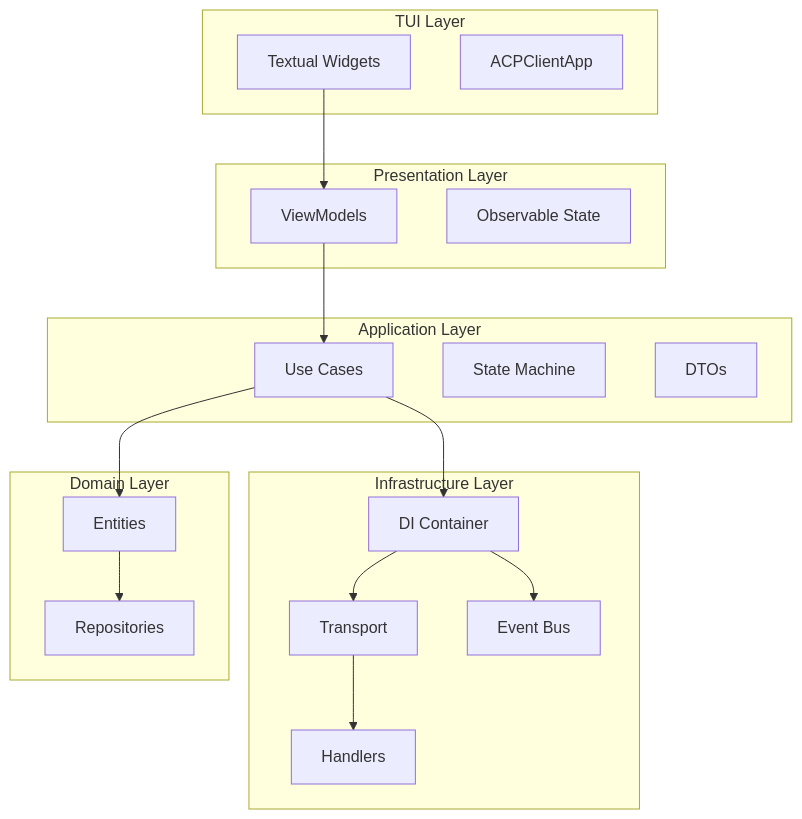
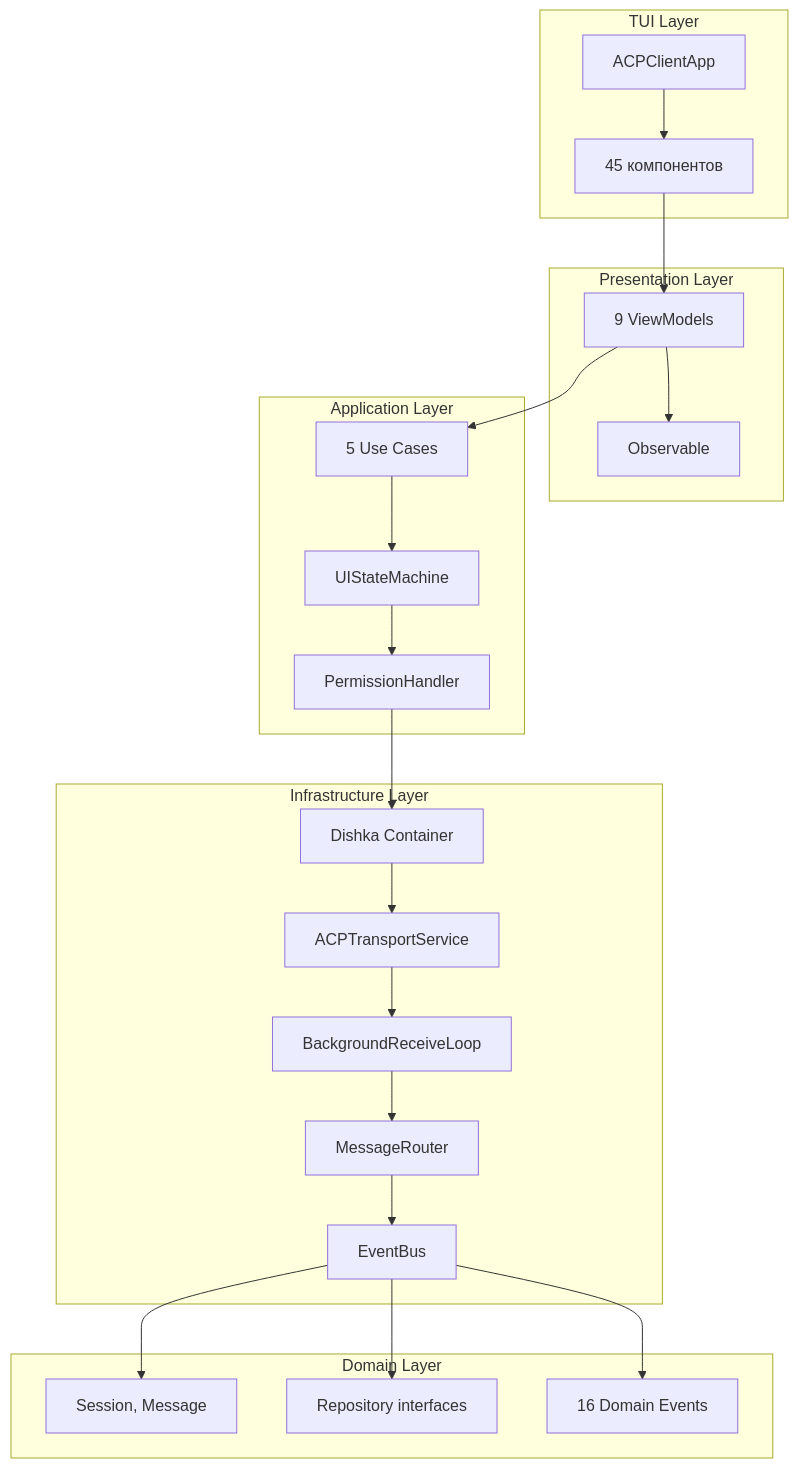
The second of 3 diagrams in doc/product/developer-guide/01-architecture.md (pese-git/codelab-ai), drawn with Mermaid before and after one commit. The commit also changed other lines of this file and 22 other files, not shown here.

````diff
--- a/doc/product/developer-guide/01-architecture.md
+++ b/doc/product/developer-guide/01-architecture.md
@@ -68,39 +72,37 @@
 ```mermaid
 graph TB
-    subgraph "TUI Layer"
-        Widgets[Textual Widgets]
+    subgraph TUI["TUI Layer"]
         App[ACPClientApp]
+        Components[45 компонентов]
     end
     
-    subgraph "Presentation Layer"
-        VM[ViewModels]
-        Observable[Observable State]
+    subgraph Presentation["Presentation Layer"]
+        VM[9 ViewModels]
+        Obs[Observable<T>]
     end
     
-    subgraph "Application Layer"
-        UC[Use Cases]
-        SM[State Machine]
-        DTO[DTOs]
+    subgraph Application["Application Layer"]
+        UC[5 Use Cases]
+        SM[UIStateMachine]
+        PH[PermissionHandler]
     end
     
-    subgraph "Infrastructure Layer"
-        DI[DI Container]
-        Transport[Transport]
-        EventBus[Event Bus]
-        Handlers[Handlers]
+    subgraph Infrastructure["Infrastructure Layer"]
+        DI[Dishka Container]
+        TS[ACPTransportService]
+        BgLoop[BackgroundReceiveLoop]
+        Router[MessageRouter]
+        EB[EventBus]
     end
     
-    subgraph "Domain Layer"
-        Entities[Entities]
-        Repos[Repositories]
+    subgraph Domain["Domain Layer"]
+        Entities[Session, Message]
+        Repos[Repository interfaces]
+        Events[16 Domain Events]
     end
     
-    Widgets --> VM
-    VM --> UC
-    UC --> DI
-    DI --> Transport
-    DI --> EventBus
-    Transport --> Handlers
-    UC --> Entities
-    Entities --> Repos
+    App --> Components --> VM --> Obs
+    VM --> UC --> SM --> PH
+    PH --> DI --> TS --> BgLoop --> Router --> EB
+    EB --> Entities & Repos & Events
 ```
````
